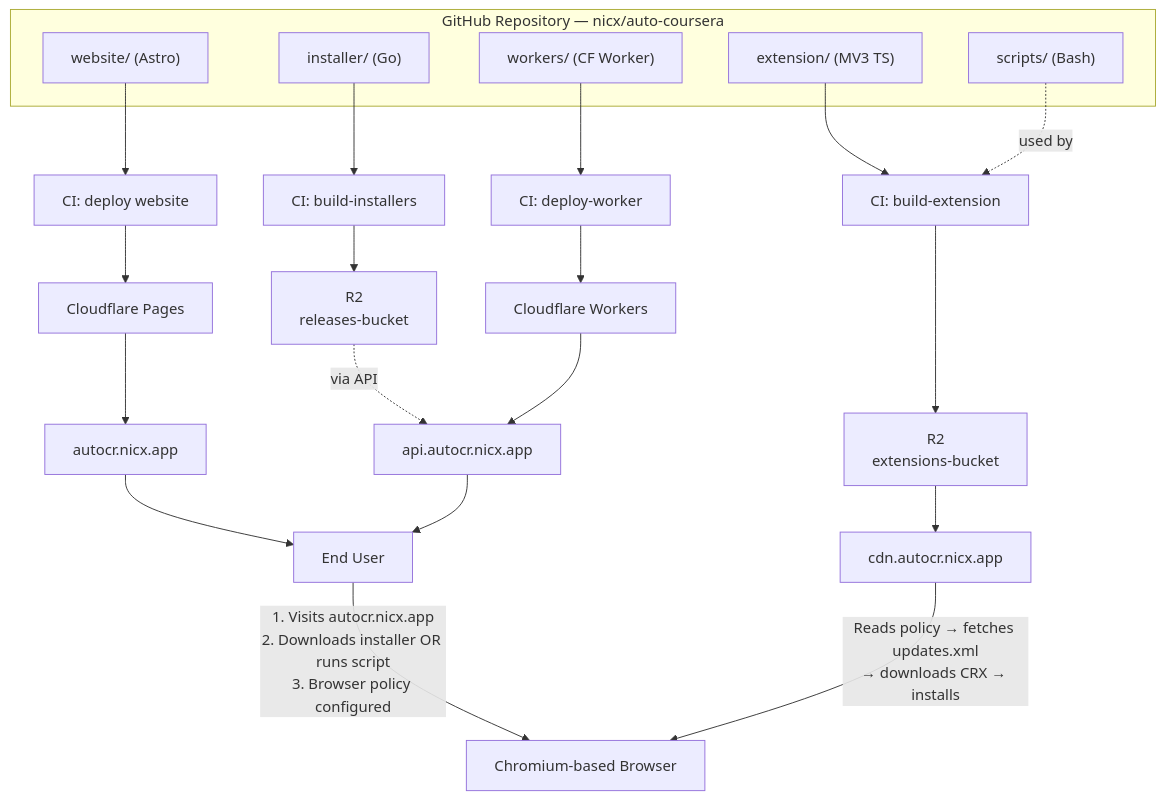
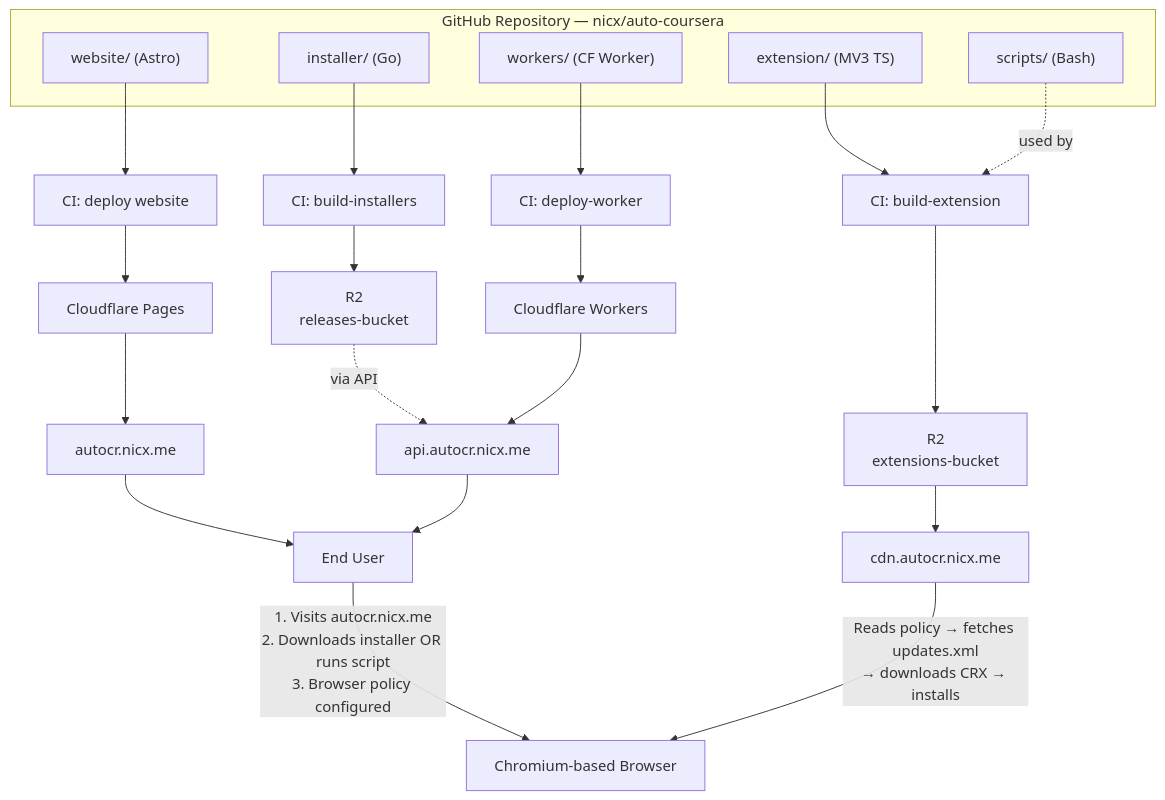
Before and after one commit to NICxKMS/auto-coursera: the first of 4 diagrams in docs/ARCHITECTURE.md, drawn with Mermaid. The commit also changed other lines of this file and 113 other files, not shown here.

````diff
--- a/docs/ARCHITECTURE.md
+++ b/docs/ARCHITECTURE.md
@@ -48,32 +48,32 @@
 ```mermaid
 flowchart TD
     subgraph repo["GitHub Repository — nicx/auto-coursera"]
         ext["extension/ (MV3 TS)"]
         inst["installer/ (Go)"]
         web["website/ (Astro)"]
         wkr["workers/ (CF Worker)"]
         scr["scripts/ (Bash)"]
     end
 
     ext --> ci1["CI: build-extension"]
     inst --> ci2["CI: build-installers"]
     web --> ci3["CI: deploy website"]
     wkr --> ci4["CI: deploy-worker"]
     scr -.->|"used by"| ci1
 
     ci1 --> r2e["R2\nextensions-bucket"]
     ci2 --> r2r["R2\nreleases-bucket"]
     ci3 --> pages["Cloudflare Pages"]
     ci4 --> workers["Cloudflare Workers"]
 
-    r2e --> cdn["cdn.autocr.nicx.app"]
+    r2e --> cdn["cdn.autocr.nicx.me"]
     r2r -.->|"via API"| api
-    pages --> site["autocr.nicx.app"]
-    workers --> api["api.autocr.nicx.app"]
+    pages --> site["autocr.nicx.me"]
+    workers --> api["api.autocr.nicx.me"]
 
     site --> user["End User"]
     api --> user
 
-    user -->|"1. Visits autocr.nicx.app\n2. Downloads installer OR runs script\n3. Browser policy configured"| browser["Chromium-based Browser"]
+    user -->|"1. Visits autocr.nicx.me\n2. Downloads installer OR runs script\n3. Browser policy configured"| browser["Chromium-based Browser"]
     cdn -->|"Reads policy → fetches updates.xml\n→ downloads CRX → installs"| browser
 ```
````
